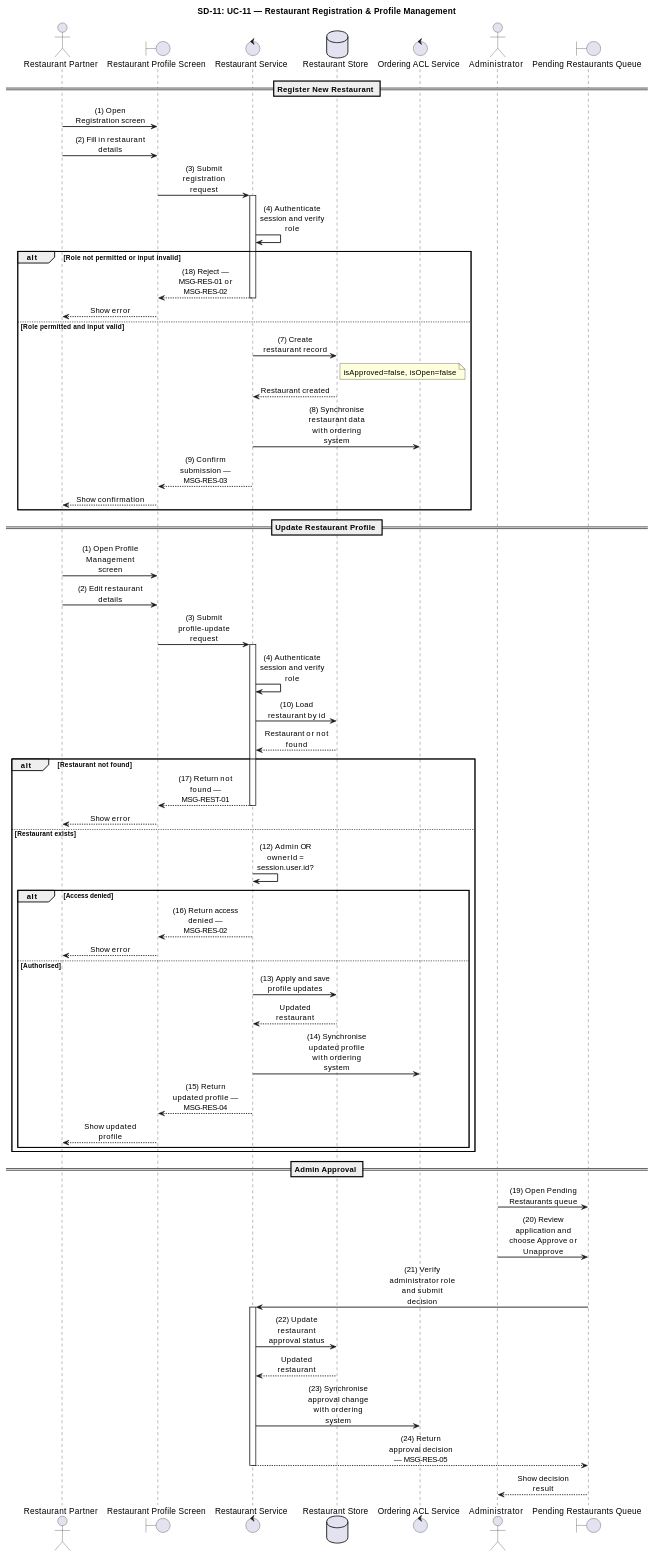
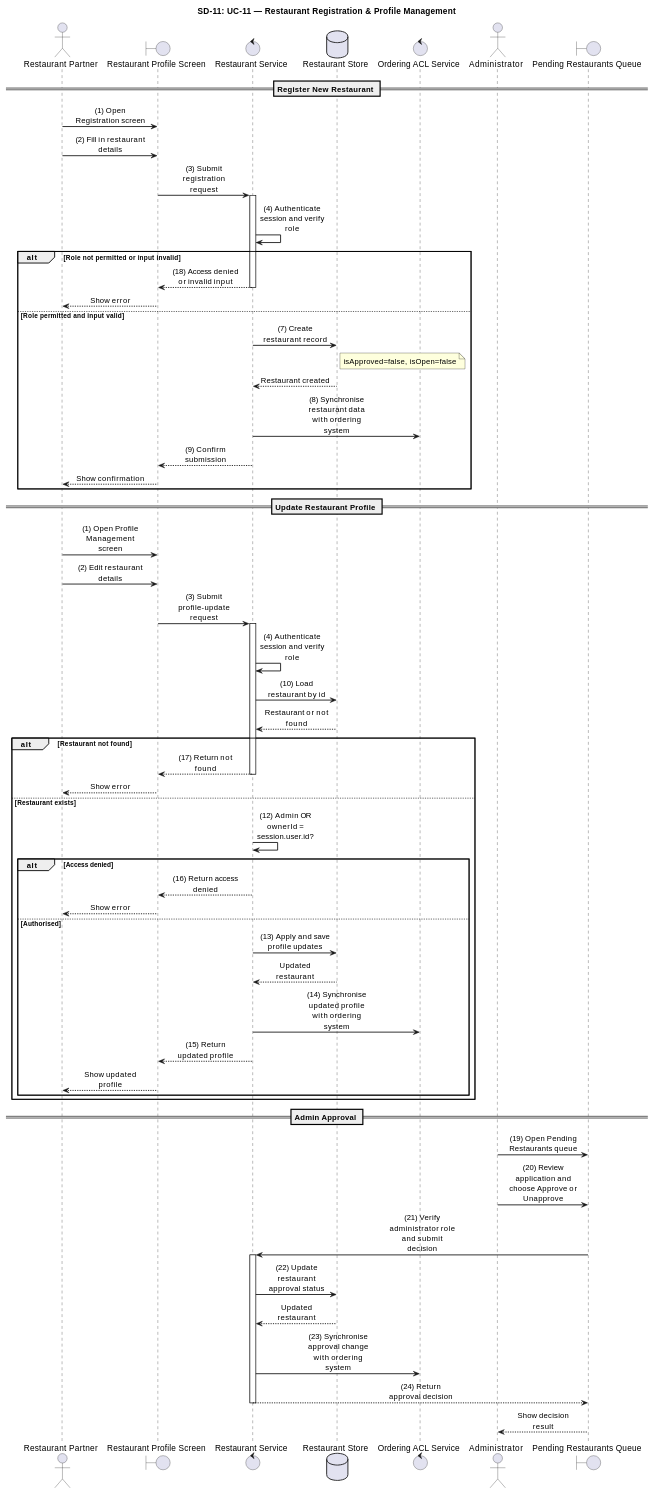
One commit to luubinhdeptrai/Food_Delivery changed diagram 11 of 35 in apps/api/docs/Final_Documents/SRS_SequenceDiagrams.md. Above: the diagram before and after it, drawn with PlantUML. The commit also changed other lines of this file, not shown here.

Commit message:
complete sequence diagram

```diff
--- a/apps/api/docs/Final_Documents/SRS_SequenceDiagrams.md
+++ b/apps/api/docs/Final_Documents/SRS_SequenceDiagrams.md
@@ -920,7 +929,7 @@
 RestSvc -> RestSvc : (4) Authenticate session and verify role
 
 alt Role not permitted or input invalid
-    RestSvc --> UI : (18) Reject — MSG-RES-01 or MSG-RES-02
+    RestSvc --> UI : (18) Access denied or invalid input
     deactivate RestSvc
     UI --> Partner : Show error
 else Role permitted and input valid
@@ -928,7 +937,7 @@
 note right of RestDB : isApproved=false, isOpen=false
     RestDB --> RestSvc : Restaurant created
     RestSvc -> ACLSvc : (8) Synchronise restaurant data with ordering system
-    RestSvc --> UI : (9) Confirm submission — MSG-RES-03
+    RestSvc --> UI : (9) Confirm submission
     deactivate RestSvc
     UI --> Partner : Show confirmation
 end
@@ -945,20 +954,20 @@
 RestDB --> RestSvc : Restaurant or not found
 
 alt Restaurant not found
-    RestSvc --> UI : (17) Return not found — MSG-REST-01
+    RestSvc --> UI : (17) Return not found
     deactivate RestSvc
     UI --> Partner : Show error
 else Restaurant exists
     RestSvc -> RestSvc : (12) Admin OR ownerId = session.user.id?
     alt Access denied
-        RestSvc --> UI : (16) Return access denied — MSG-RES-02
+        RestSvc --> UI : (16) Return access denied
         deactivate RestSvc
         UI --> Partner : Show error
     else Authorised
         RestSvc -> RestDB : (13) Apply and save profile updates
         RestDB --> RestSvc : Updated restaurant
         RestSvc -> ACLSvc : (14) Synchronise updated profile with ordering system
-        RestSvc --> UI : (15) Return updated profile — MSG-RES-04
+        RestSvc --> UI : (15) Return updated profile
         deactivate RestSvc
         UI --> Partner : Show updated profile
     end
@@ -977,7 +986,7 @@
 RestSvc -> RestDB : (22) Update restaurant approval status
 RestDB --> RestSvc : Updated restaurant
 RestSvc -> ACLSvc : (23) Synchronise approval change with ordering system
-RestSvc --> AdminUI : (24) Return approval decision — MSG-RES-05
+RestSvc --> AdminUI : (24) Return approval decision
 deactivate RestSvc
 AdminUI --> Admin : Show decision result
 
```
